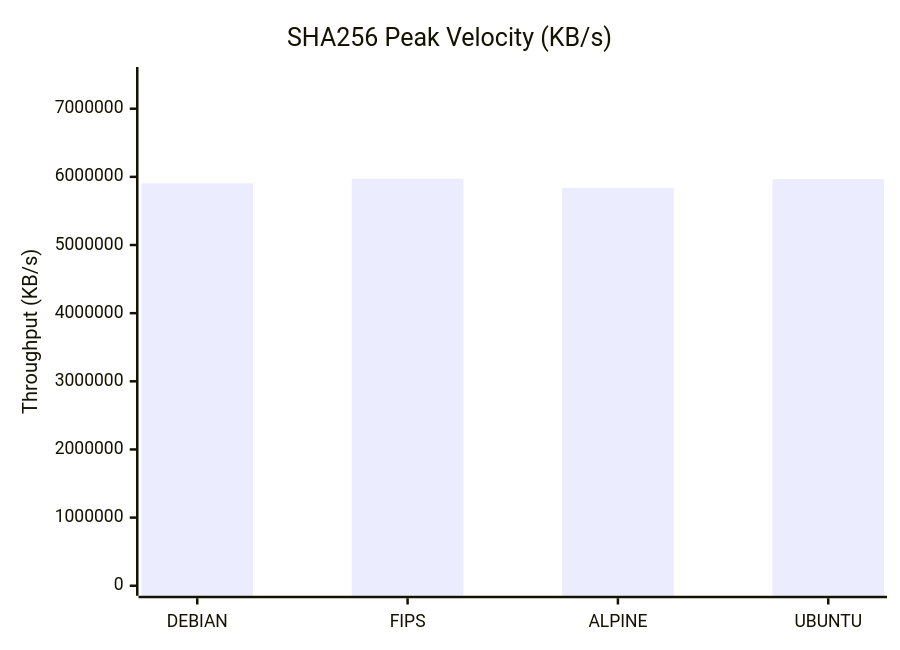
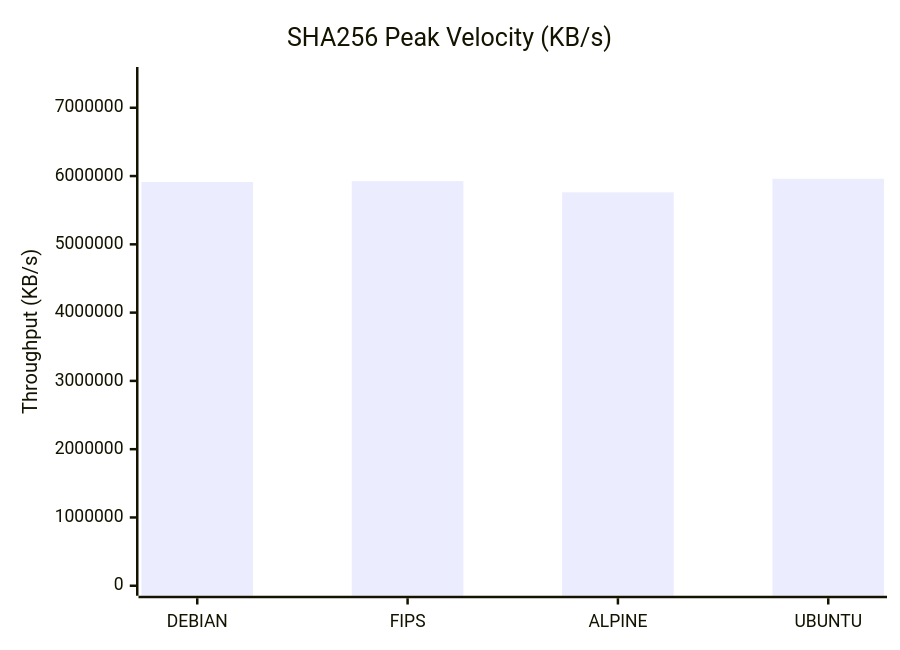
One commit to taha2samy/openssl_fips changed the second of 9 diagrams in docs/Comparison_Report.md. Above: the diagram before and after it, drawn with Mermaid. The commit also changed other lines of this file and 2 other files, not shown here.

````diff
--- a/docs/Comparison_Report.md
+++ b/docs/Comparison_Report.md
@@ -65,7 +65,7 @@
 ```mermaid
 xychart-beta
     title "SHA256 Peak Velocity (KB/s)"
     x-axis [DEBIAN, FIPS, ALPINE, UBUNTU]
-    y-axis "Throughput (KB/s)" 0 --> 7465390
-    bar [5905678.34, 5972312.06, 5838004.22, 5967273.98]
+    y-axis "Throughput (KB/s)" 0 --> 7450572
+    bar [5912936.45, 5925830.66, 5761392.64, 5960458.24]
 ```
````
